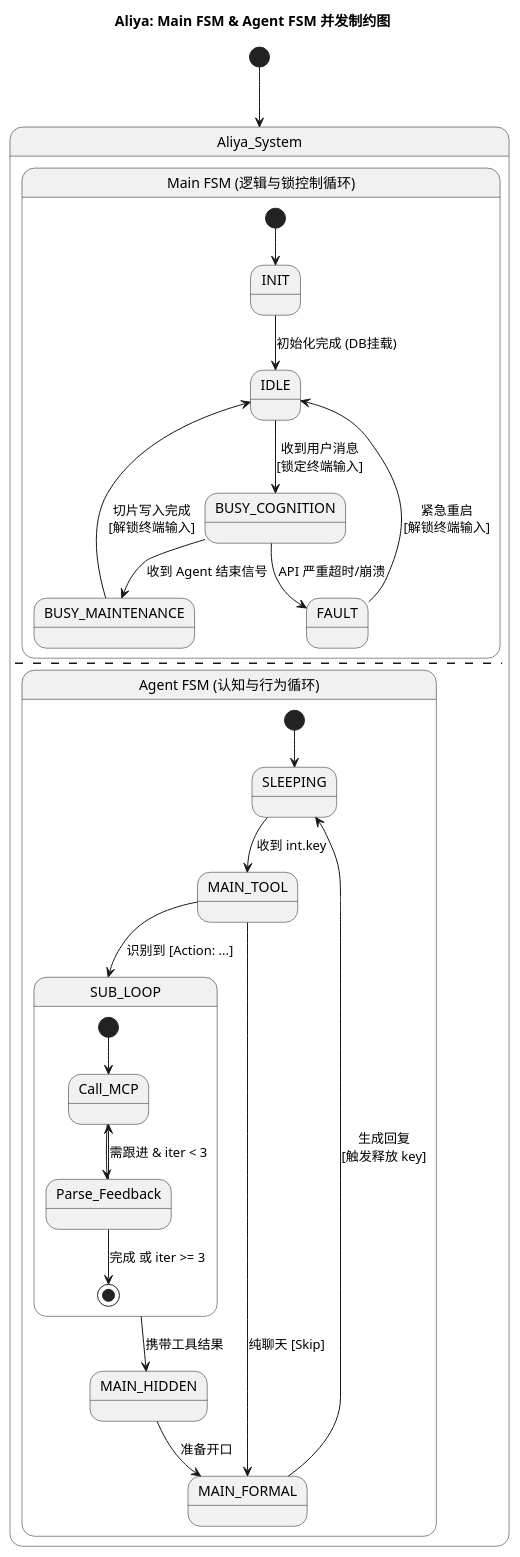
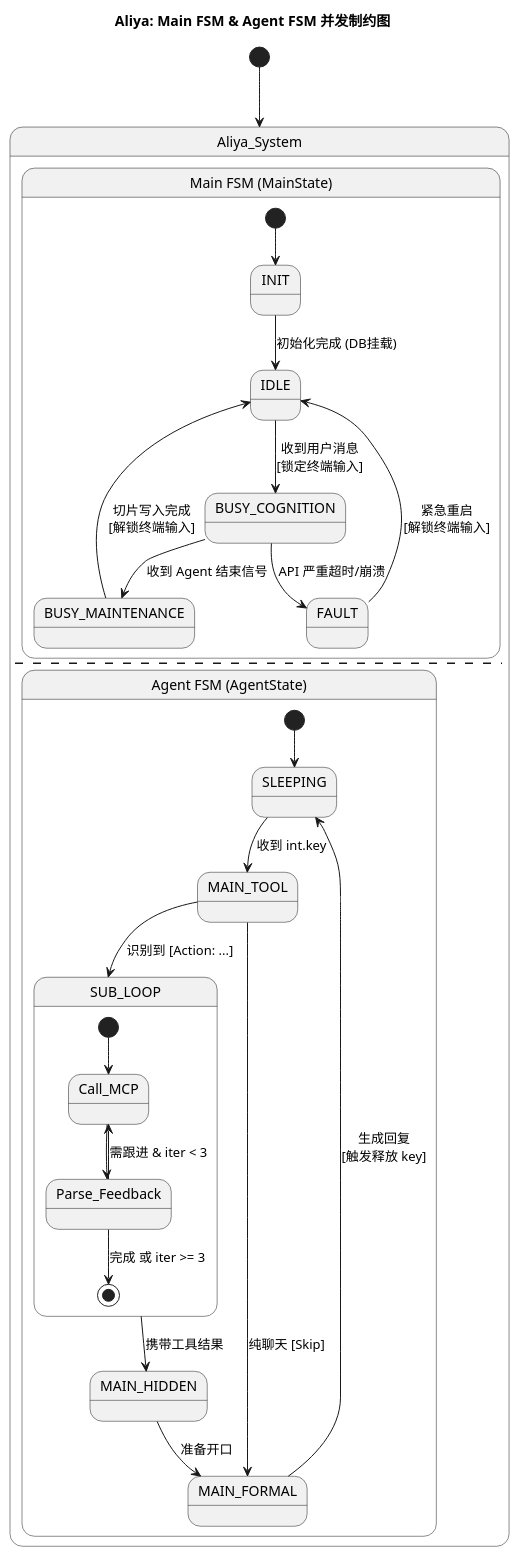
The diagram in arch/state_diagram.puml (Mikhail-YellowBegonia/Aliya_AI), drawn with PlantUML before and after one commit. The commit also changed 8 other files, not shown here.

```diff
--- a/arch/state_diagram.puml
+++ b/arch/state_diagram.puml
@@ -1,42 +1,42 @@
 @startuml
 
 title Aliya: Main FSM & Agent FSM 并发制约图
 
 ' 加入一个隐藏的起始点，强迫解析器进入状态机模式
 [*] --> Aliya_System
 
 state Aliya_System {
 
-    state "Main FSM (逻辑与锁控制循环)" as MainLoop {
+    state "Main FSM (MainState)" as MainLoop {
         [*] --> INIT
         INIT --> IDLE : 初始化完成 (DB挂载)
         IDLE --> BUSY_COGNITION : 收到用户消息\n[锁定终端输入]
         BUSY_COGNITION --> BUSY_MAINTENANCE : 收到 Agent 结束信号
         BUSY_MAINTENANCE --> IDLE : 切片写入完成\n[解锁终端输入]
         BUSY_COGNITION --> FAULT : API 严重超时/崩溃
         FAULT --> IDLE : 紧急重启\n[解锁终端输入]
     }
 
 
     --
 
-    state "Agent FSM (认知与行为循环)" as AgentLoop {
+    state "Agent FSM (AgentState)" as AgentLoop {
         [*] --> SLEEPING
         SLEEPING --> MAIN_TOOL : 收到 int.key
         
         MAIN_TOOL --> SUB_LOOP : 识别到 [Action: ...]
         MAIN_TOOL --> MAIN_FORMAL : 纯聊天 [Skip]
         
         state SUB_LOOP {
             [*] --> Call_MCP
             Call_MCP --> Parse_Feedback
             Parse_Feedback --> Call_MCP : 需跟进 & iter < 3
             Parse_Feedback --> [*] : 完成 或 iter >= 3
         }
         
         SUB_LOOP --> MAIN_HIDDEN : 携带工具结果
         MAIN_HIDDEN --> MAIN_FORMAL : 准备开口
         MAIN_FORMAL --> SLEEPING : 生成回复\n[触发释放 key]
     }
 }
 @enduml
```
